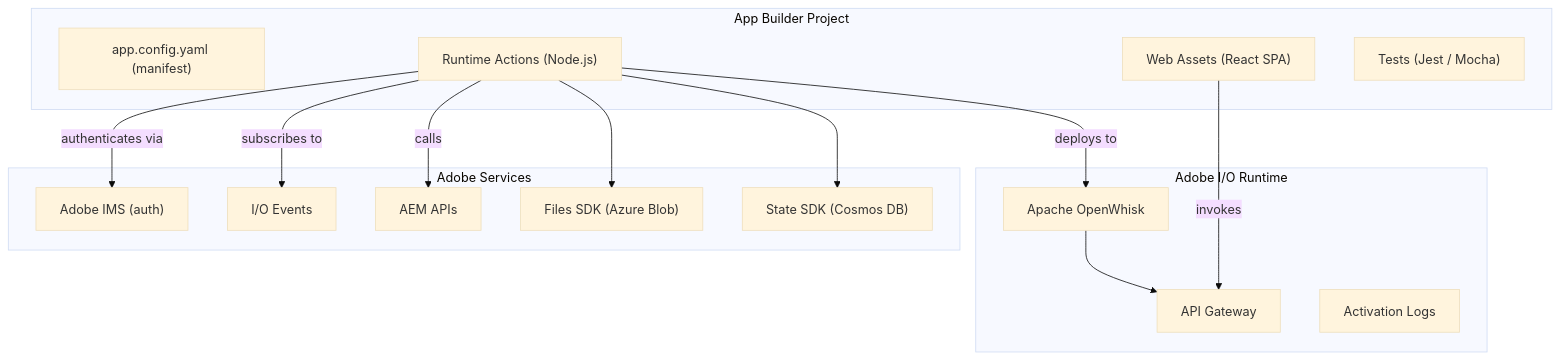
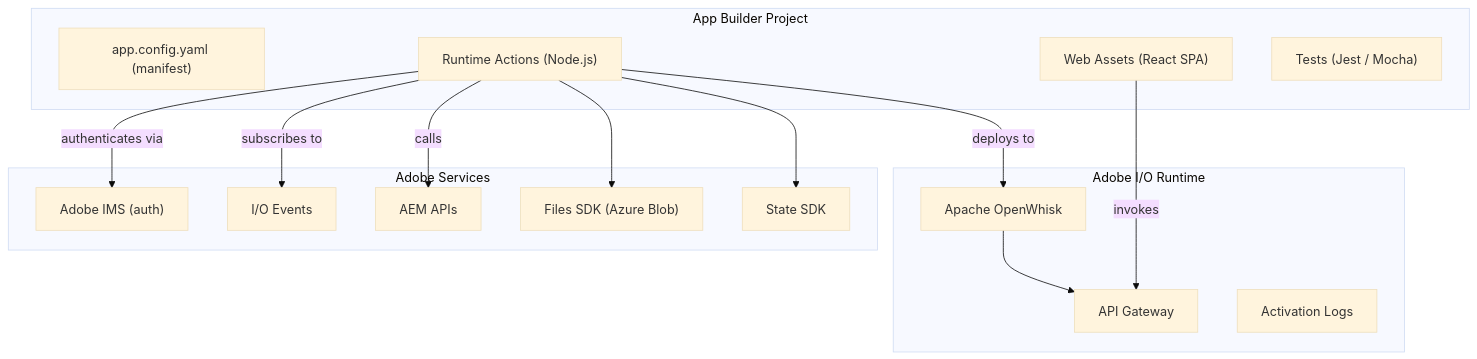
The second of 4 diagrams in docs/aem/infrastructure/aio-app-builder.md (LucaNerlich/lucanerlich.com), drawn with Mermaid (base theme) before and after one commit. The commit also changed other lines of this file, not shown here.

````diff
--- a/docs/aem/infrastructure/aio-app-builder.md
+++ b/docs/aem/infrastructure/aio-app-builder.md
@@ -76,32 +76,32 @@
 ```mermaid
 graph TD
     subgraph "App Builder Project"
         Manifest["app.config.yaml (manifest)"]
         Actions["Runtime Actions (Node.js)"]
         Web["Web Assets (React SPA)"]
         Test["Tests (Jest / Mocha)"]
     end
 
     subgraph "Adobe I/O Runtime"
         OW["Apache OpenWhisk"]
         API["API Gateway"]
         Logs["Activation Logs"]
     end
 
     subgraph "Adobe Services"
         IMS["Adobe IMS (auth)"]
         IOEvents["I/O Events"]
         AEM_API["AEM APIs"]
         FilesSDK["Files SDK (Azure Blob)"]
-        StateSDK["State SDK (Cosmos DB)"]
+        StateSDK["State SDK"]
     end
 
     Actions -->|deploys to| OW
     OW --> API
     Actions -->|authenticates via| IMS
     Actions -->|subscribes to| IOEvents
     Actions -->|calls| AEM_API
     Actions --> FilesSDK
     Actions --> StateSDK
     Web -->|invokes| API
 ```
````
